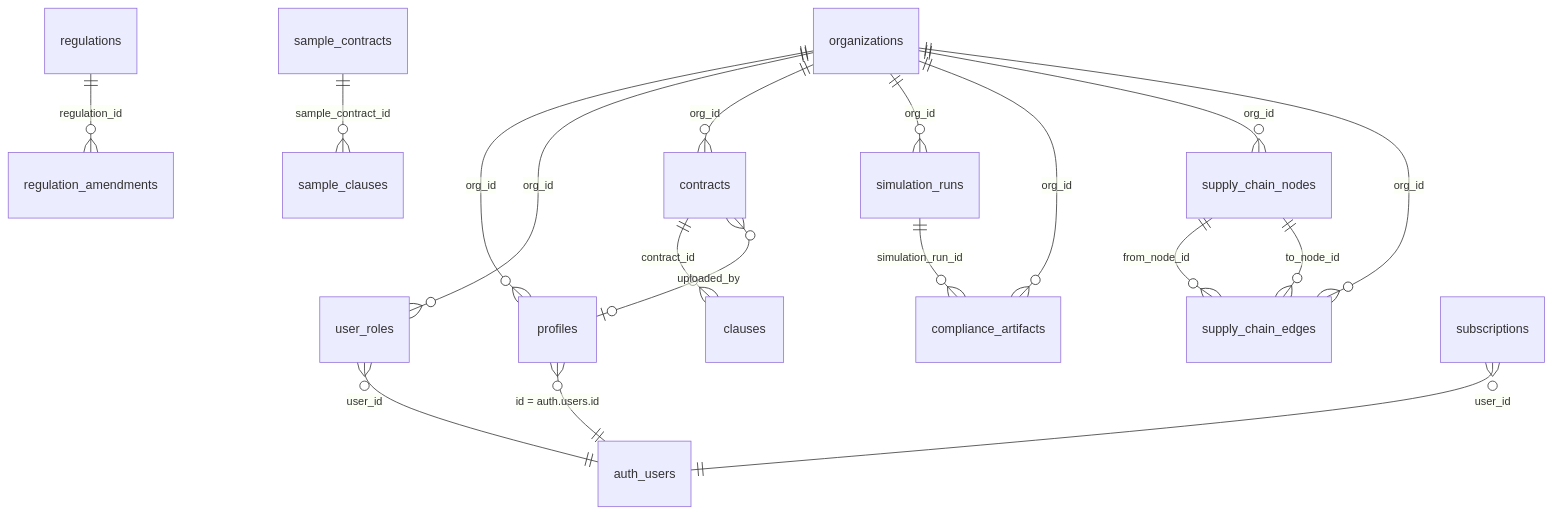
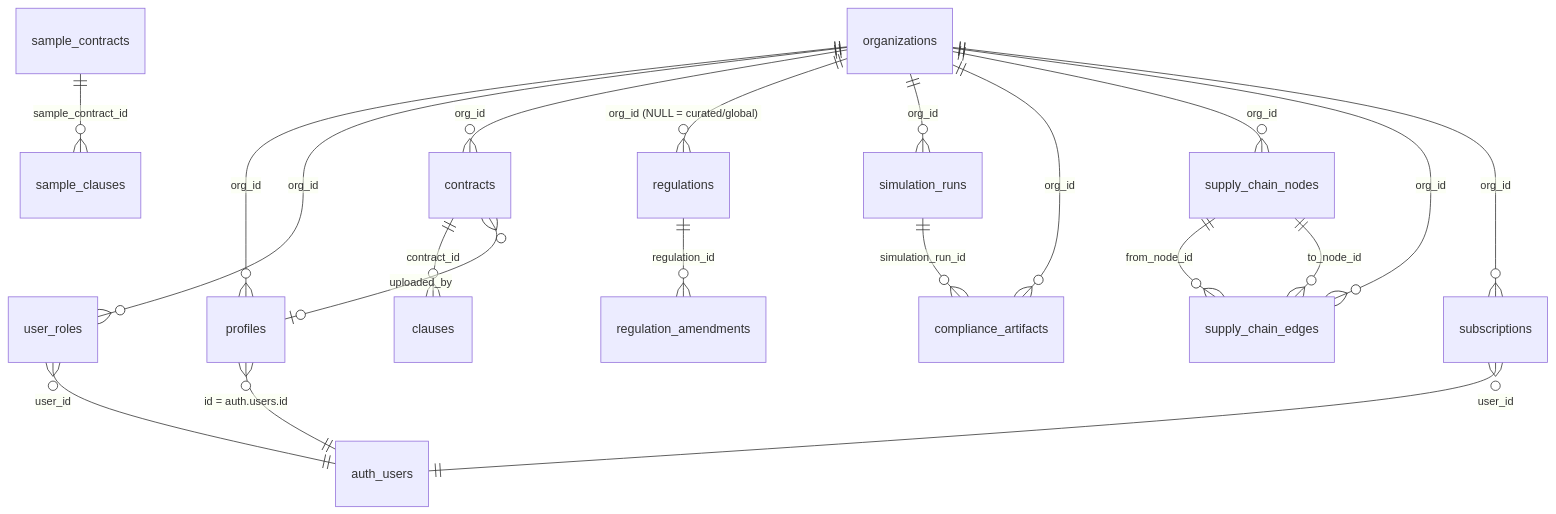
One commit to Tony1254-CS/clause-graph changed the sixth of 6 diagrams in ARCHITECTURE.md. Above: the diagram before and after it, drawn with Mermaid. The commit also changed other lines of this file, not shown here.

````diff
--- a/ARCHITECTURE.md
+++ b/ARCHITECTURE.md
@@ -290,27 +296,27 @@
 ```mermaid
 erDiagram
   organizations ||--o{ profiles : "org_id"
   organizations ||--o{ user_roles : "org_id"
   organizations ||--o{ contracts : "org_id"
+  organizations ||--o{ regulations : "org_id (NULL = curated/global)"
   organizations ||--o{ simulation_runs : "org_id"
   organizations ||--o{ compliance_artifacts : "org_id"
   organizations ||--o{ supply_chain_nodes : "org_id"
   organizations ||--o{ supply_chain_edges : "org_id"
+  organizations ||--o{ subscriptions : "org_id"
 
   profiles }o--|| auth_users : "id = auth.users.id"
   user_roles }o--|| auth_users : "user_id"
+  subscriptions }o--|| auth_users : "user_id"
 
   contracts ||--o{ clauses : "contract_id"
   contracts }o--o| profiles : "uploaded_by"
 
   regulations ||--o{ regulation_amendments : "regulation_id"
-
   simulation_runs ||--o{ compliance_artifacts : "simulation_run_id"
 
   supply_chain_nodes ||--o{ supply_chain_edges : "from_node_id"
   supply_chain_nodes ||--o{ supply_chain_edges : "to_node_id"
 
-  subscriptions }o--|| auth_users : "user_id"
-
   sample_contracts ||--o{ sample_clauses : "sample_contract_id"
 ```
````
